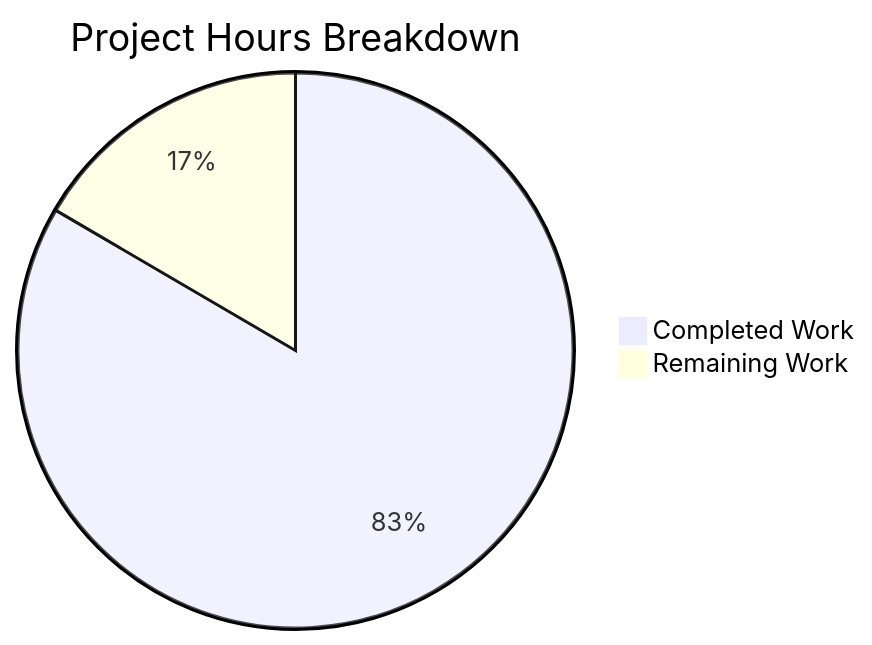
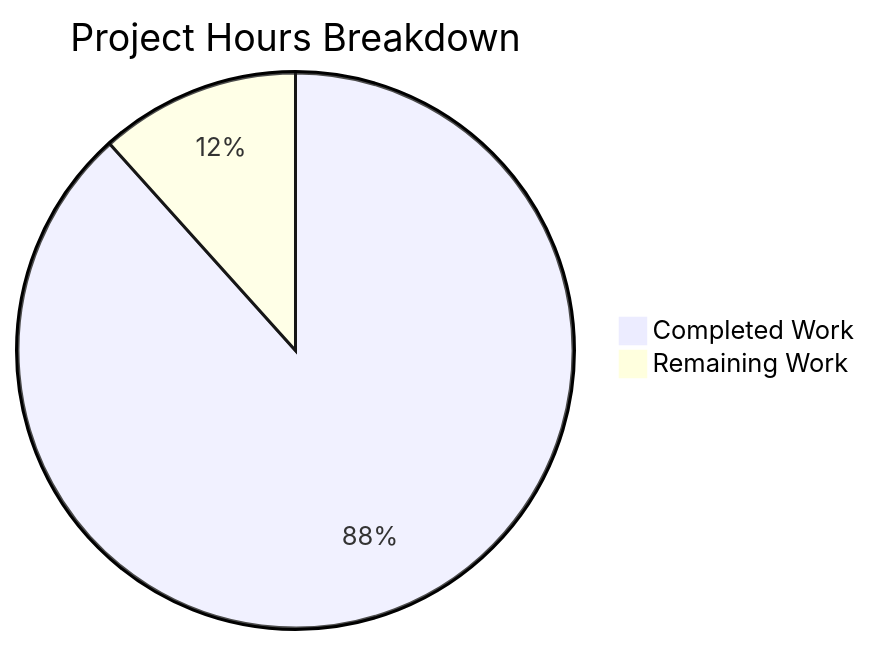
Before and after one commit to Blitzy-Sandbox/blitzy-cal: the second of 2 diagrams in blitzy/documentation/Project Guide.md, drawn with Mermaid. The commit also changed other lines of this file, not shown here.

Commit message:
Adding Blitzy Project Guide: Project Status and Human Tasks Remaining

````diff
--- a/blitzy/documentation/Project Guide.md
+++ b/blitzy/documentation/Project Guide.md
@@ -227,5 +246,5 @@
 ```mermaid
 pie title Project Hours Breakdown
-    "Completed Work" : 312
-    "Remaining Work" : 62
+    "Completed Work" : 326
+    "Remaining Work" : 43
 ```
````
